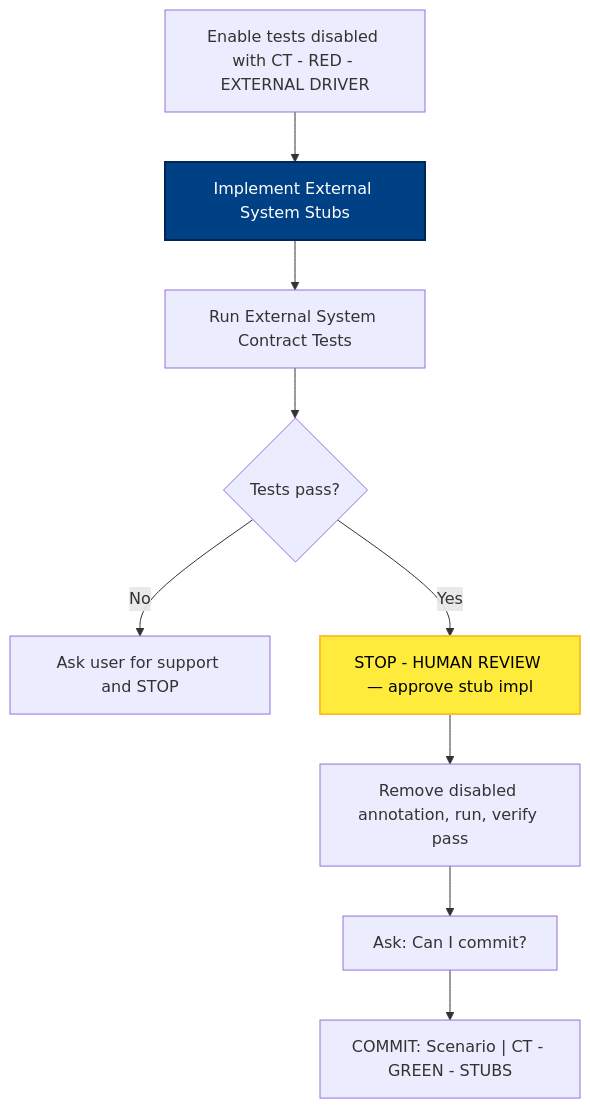
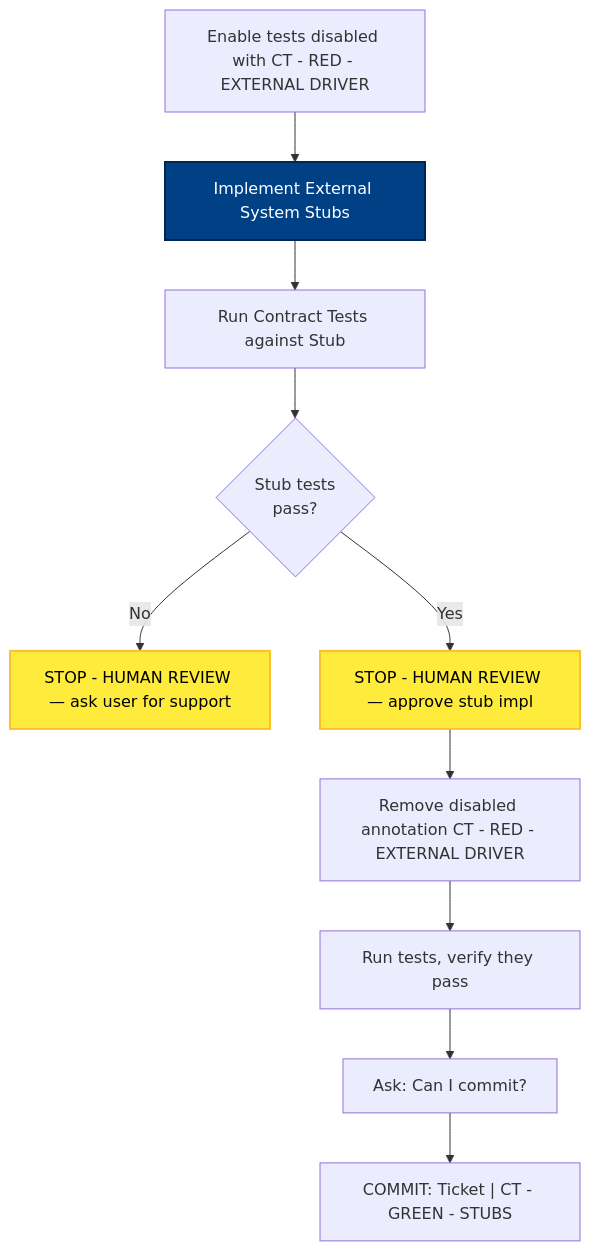
One commit to optivem/starter changed the eighth of 8 diagrams in docs/atdd/process/diagram-phase-details.md. Above: the diagram before and after it, drawn with Mermaid. The commit also changed other lines of this file and 2 other files, not shown here.

````diff
--- a/docs/atdd/process/diagram-phase-details.md
+++ b/docs/atdd/process/diagram-phase-details.md
@@ -255,26 +248,28 @@
 ```mermaid
 flowchart TD
-    ENABLE["Enable tests disabled with CT - RED - EXTERNAL DRIVER"]
+    ENABLE[Enable tests disabled with CT - RED - EXTERNAL DRIVER]
     IMPL_STUBS[Implement External System Stubs]
-    RUN[Run External System Contract Tests]
-    PASS{Tests pass?}
-    ASK_SUPPORT[Ask user for support and STOP]
-    STOP_WRITE["STOP - HUMAN REVIEW — approve stub impl"]
-    REMOVE_DISABLE[Remove disabled annotation, run, verify pass]
+    RUN[Run Contract Tests against Stub]
+    GATE_PASS{Stub tests<br/>pass?}
+    ASK_SUPPORT[STOP - HUMAN REVIEW — ask user for support]
+    STOP_WRITE[STOP - HUMAN REVIEW — approve stub impl]
+    REMOVE_DISABLE[Remove disabled annotation CT - RED - EXTERNAL DRIVER]
+    RUN_FINAL[Run tests, verify they pass]
     ASK_COMMIT["Ask: Can I commit?"]
-    COMMIT["COMMIT: Scenario | CT - GREEN - STUBS"]
+    COMMIT["COMMIT: Ticket | CT - GREEN - STUBS"]
 
     ENABLE --> IMPL_STUBS
     IMPL_STUBS --> RUN
-    RUN --> PASS
-    PASS -->|No| ASK_SUPPORT
-    PASS -->|Yes| STOP_WRITE
+    RUN --> GATE_PASS
+    GATE_PASS -- Yes --> STOP_WRITE
+    GATE_PASS -- No --> ASK_SUPPORT
     STOP_WRITE --> REMOVE_DISABLE
-    REMOVE_DISABLE --> ASK_COMMIT
+    REMOVE_DISABLE --> RUN_FINAL
+    RUN_FINAL --> ASK_COMMIT
     ASK_COMMIT --> COMMIT
 
     classDef effortNode fill:#004085,stroke:#002752,stroke-width:2px,color:#ffffff
     class IMPL_STUBS effortNode
     classDef humanReviewNode fill:#ffeb3b,stroke:#fbc02d,stroke-width:2px,color:#000
-    class STOP_WRITE humanReviewNode
+    class STOP_WRITE,ASK_SUPPORT humanReviewNode
 ```
````
